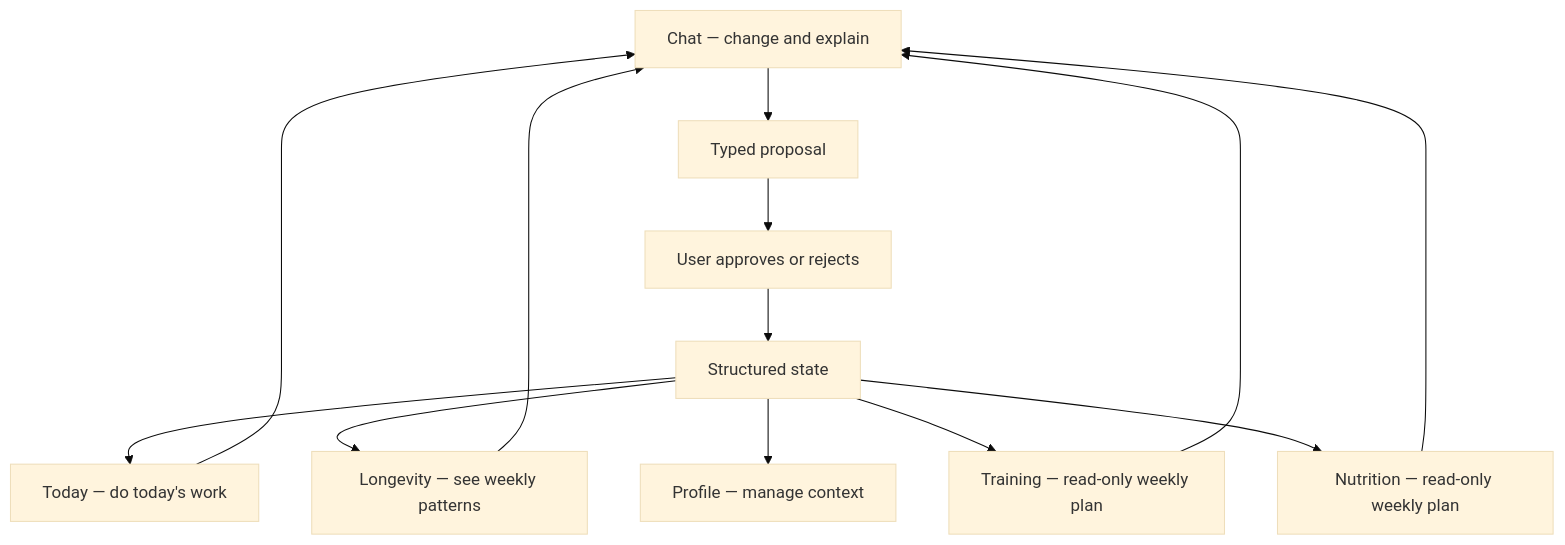
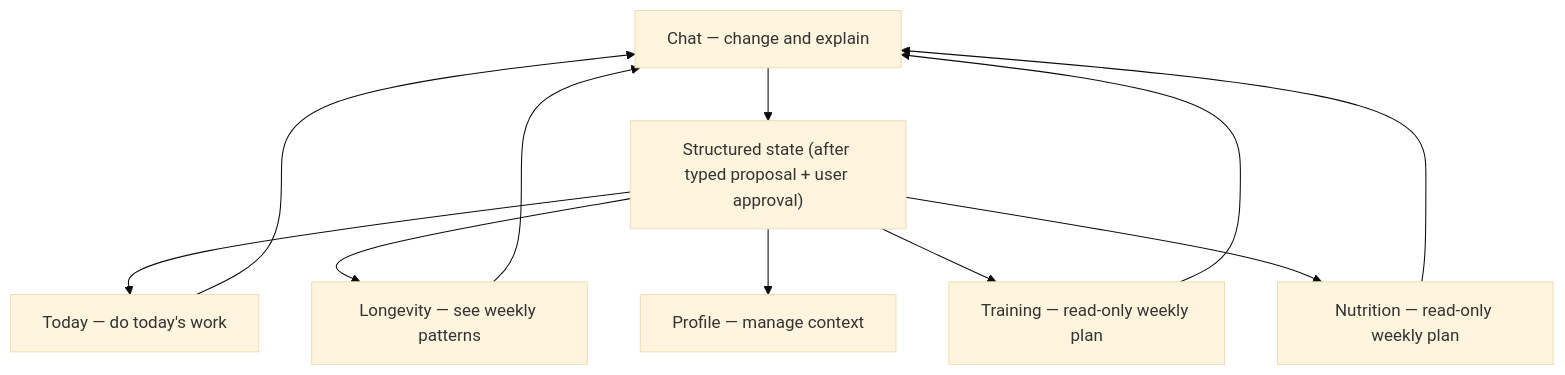
The second of 2 diagrams in docs/architecture/product-surface-architecture.md (IldarRash/HealthTracer), drawn with Mermaid (base theme) before and after one commit. The commit also changed other lines of this file and 36 other files, not shown here.

````diff
--- a/docs/architecture/product-surface-architecture.md
+++ b/docs/architecture/product-surface-architecture.md
@@ -49,17 +50,15 @@
 ```mermaid
 flowchart TD
-  Chat["Chat — change and explain"] --> Proposal["Typed proposal"]
-  Proposal --> Approval["User approves or rejects"]
-  Approval --> State["Structured state"]
+  Chat["Chat — change and explain"] --> State["Structured state (after typed proposal + user approval)"]
 
   State --> Today["Today — do today's work"]
   State --> Longevity["Longevity — see weekly patterns"]
   State --> Profile["Profile — manage context"]
   State --> Training["Training — read-only weekly plan"]
   State --> Nutrition["Nutrition — read-only weekly plan"]
 
   Today --> Chat
   Longevity --> Chat
   Training --> Chat
   Nutrition --> Chat
 ```
````
